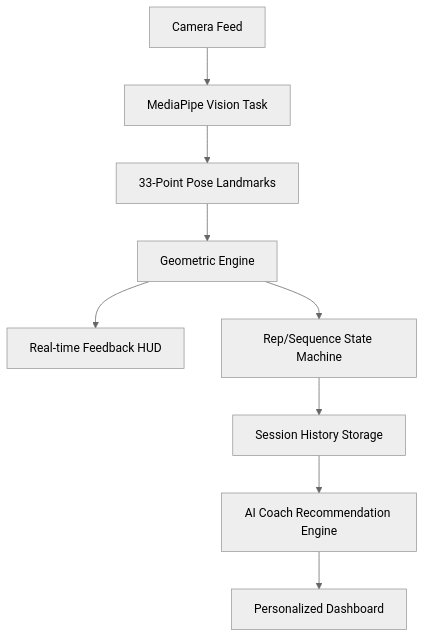
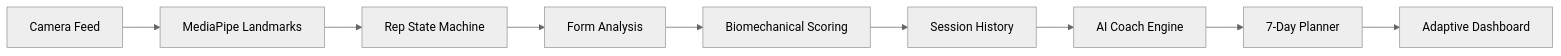
The diagram in README.md (Rajommkar/AI-fit-tech), drawn with Mermaid (neutral theme) before and after one commit. The commit also changed other lines of this file, not shown here.

Commit message:
docs: overhaul README with architecture-focused 13-section structure

````diff
--- a/README.md
+++ b/README.md
@@ -9,11 +52,11 @@
 ```mermaid
-graph TD
-    A[Camera Feed] --> B[MediaPipe Vision Task]
-    B --> C[33-Point Pose Landmarks]
-    C --> D[Geometric Engine]
-    D --> E[Real-time Feedback HUD]
-    D --> F[Rep/Sequence State Machine]
-    F --> G[Session History Storage]
-    G --> H[AI Coach Recommendation Engine]
-    H --> I[Personalized Dashboard]
+graph LR
+    Camera[Camera Feed] --> Pose[MediaPipe Landmarks]
+    Pose --> Engine[Rep State Machine]
+    Engine --> Form[Form Analysis]
+    Form --> Scoring[Biomechanical Scoring]
+    Scoring --> Analytics[Session History]
+    Analytics --> Coach[AI Coach Engine]
+    Coach --> Planner[7-Day Planner]
+    Planner --> UI[Adaptive Dashboard]
 ```
````
